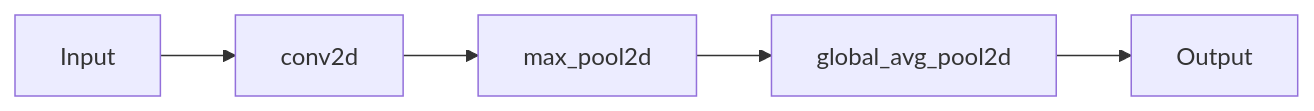
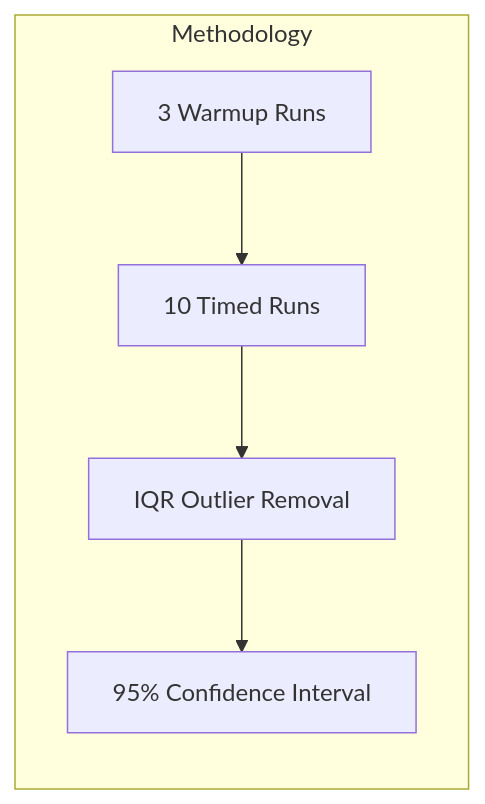
The second of 7 diagrams in README.md (saleembarakat4/viva_tensor), drawn with Mermaid before and after one commit. The commit also changed other lines of this file and 1 other file, not shown here.

First line of the commit message:
docs: update README and CHANGELOG with multi-backend architecture and benchmarks

````diff
--- a/README.md
+++ b/README.md
@@ -44,7 +41,8 @@
 ```mermaid
 flowchart LR
-    I[Input] --> C[conv2d]
-    C --> P[max_pool2d]
-    P --> G[global_avg_pool2d]
-    G --> O[Output]
+    subgraph Methodology
+        W[3 Warmup Runs] --> T[10 Timed Runs]
+        T --> O[IQR Outlier Removal]
+        O --> C[95% Confidence Interval]
+    end
 ```
````
